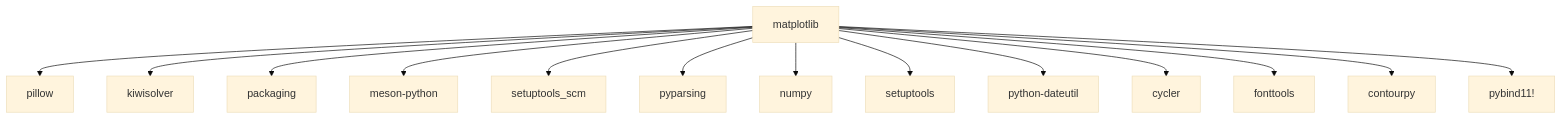
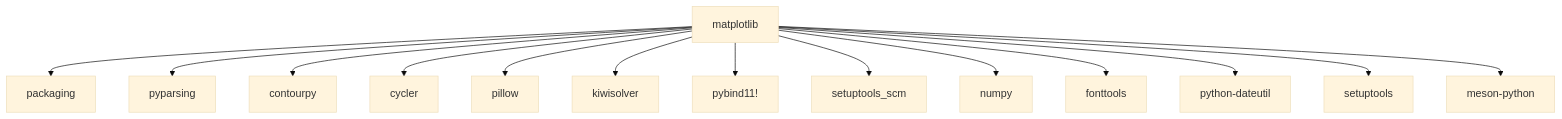
One commit to GriEvouss/Konfig_dz changed the diagram in dz2/graph.mmd. Above: the diagram before and after it, drawn with Mermaid (base theme). The commit also changed other lines of this file and 19 other files, not shown here.

```diff
--- a/dz2/graph.mmd
+++ b/dz2/graph.mmd
@@ -1,14 +1,14 @@
 graph TD
+    matplotlib --> packaging
+    matplotlib --> pyparsing
+    matplotlib --> contourpy
+    matplotlib --> cycler
     matplotlib --> pillow
     matplotlib --> kiwisolver
-    matplotlib --> packaging
+    matplotlib --> pybind11!
+    matplotlib --> setuptools_scm
+    matplotlib --> numpy
+    matplotlib --> fonttools
+    matplotlib --> python-dateutil
+    matplotlib --> setuptools
     matplotlib --> meson-python
-    matplotlib --> setuptools_scm
-    matplotlib --> pyparsing
-    matplotlib --> numpy
-    matplotlib --> setuptools
-    matplotlib --> python-dateutil
-    matplotlib --> cycler
-    matplotlib --> fonttools
-    matplotlib --> contourpy
-    matplotlib --> pybind11!
```
